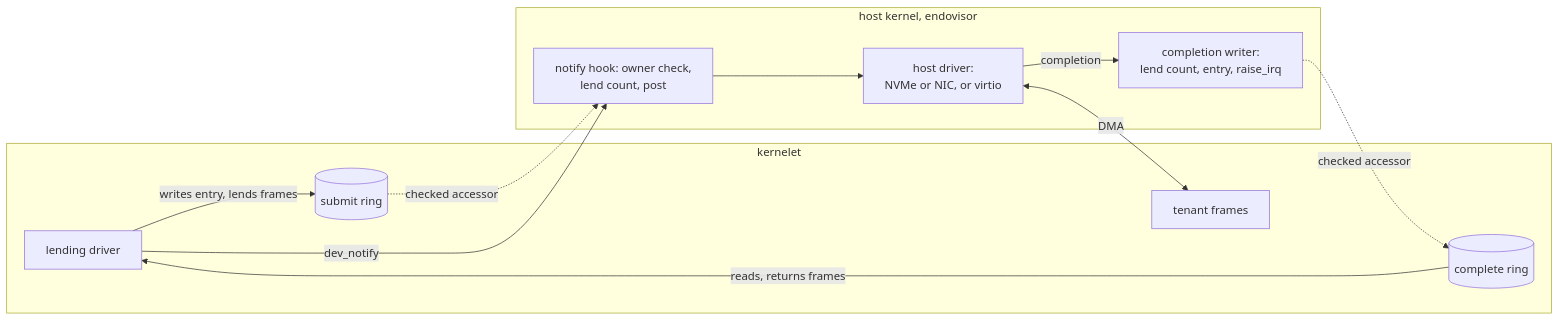
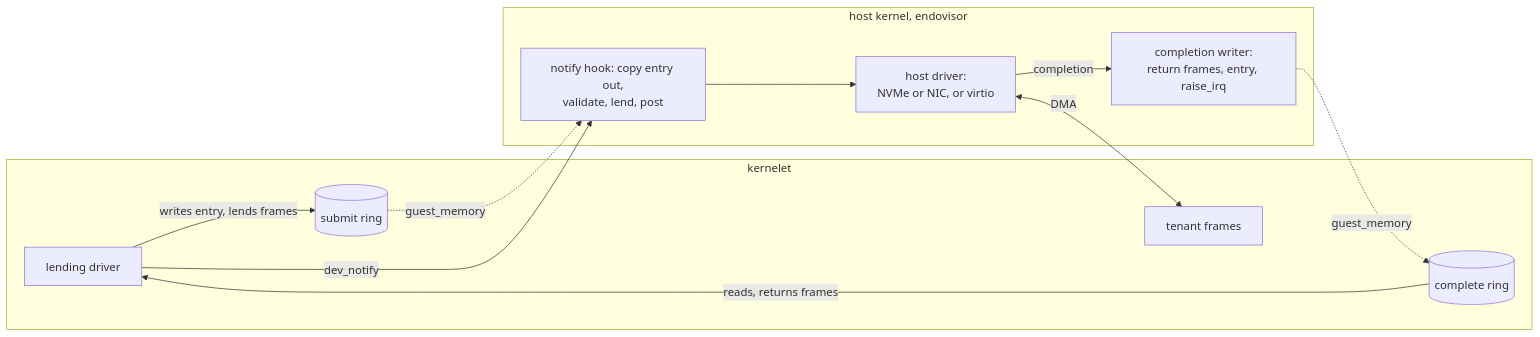
One commit to tatetian/kernelet-book changed the first of 4 diagrams in src/blueprint/design/zero-copy-io.md. Above: the diagram before and after it, drawn with Mermaid. The commit also changed other lines of this file and 5 other files, not shown here.

````diff
--- a/src/blueprint/design/zero-copy-io.md
+++ b/src/blueprint/design/zero-copy-io.md
@@ -28,16 +28,16 @@
 ```mermaid
 flowchart LR
   subgraph kl ["kernelet"]
     drv[lending driver] -->|writes entry, lends frames| sq[(submit ring)]
     cq[(complete ring)] -->|reads, returns frames| drv
     fr[tenant frames]
   end
   subgraph hk ["host kernel, endovisor"]
-    hook[notify hook: owner check,<br/>lend count, post] --> hd[host driver:<br/>NVMe or NIC, or virtio]
-    hd -->|completion| cw[completion writer:<br/>lend count, entry, raise_irq]
+    hook[notify hook: copy entry out,<br/>validate, lend, post] --> hd[host driver:<br/>NVMe or NIC, or virtio]
+    hd -->|completion| cw[completion writer:<br/>return frames, entry, raise_irq]
   end
-  sq -.->|checked accessor| hook
-  cw -.->|checked accessor| cq
+  sq -.->|guest_memory| hook
+  cw -.->|guest_memory| cq
   hd <-->|DMA| fr
   drv -->|dev_notify| hook
 ```
````
